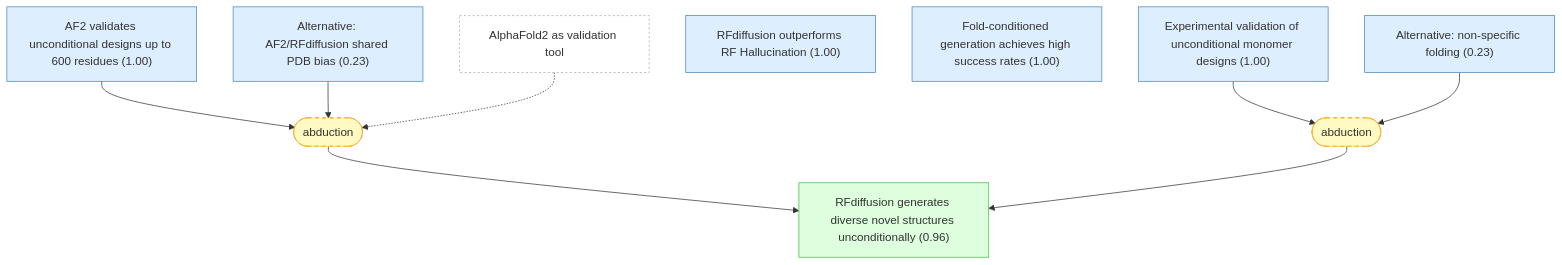
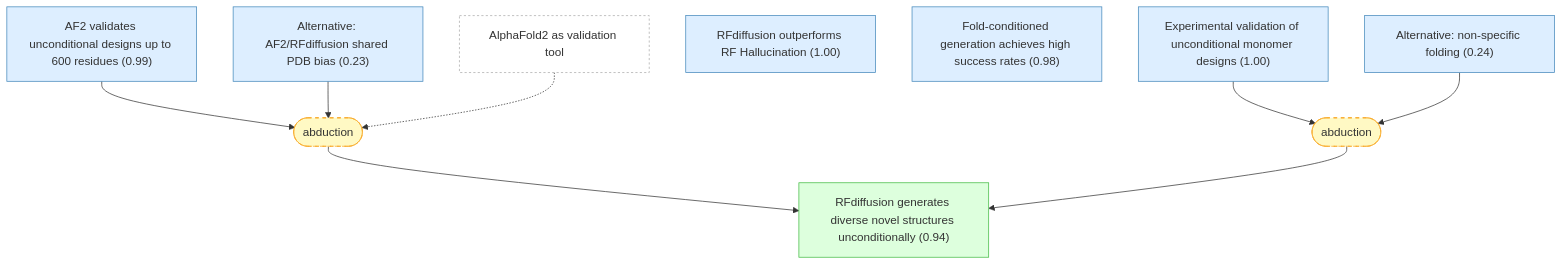
The third of 8 diagrams in docs/detailed-reasoning.md (kunyuan/watson-rfdiffusion-2023-gaia), drawn with Mermaid before and after one commit. The commit also changed other lines of this file and 16 other files, not shown here.

````diff
--- a/docs/detailed-reasoning.md
+++ b/docs/detailed-reasoning.md
@@ -331,30 +331,30 @@
 ```mermaid
 graph TD
     alphafold2_definition["AlphaFold2 as validation tool"]:::external
-    unconditional_generates_diverse_structures["RFdiffusion generates diverse novel structures unconditionally (0.96)"]:::derived
-    af2_validates_unconditional_designs["AF2 validates unconditional designs up to 600 residues (1.00)"]:::premise
+    unconditional_generates_diverse_structures["RFdiffusion generates diverse novel structures unconditionally (0.94)"]:::derived
+    af2_validates_unconditional_designs["AF2 validates unconditional designs up to 600 residues (0.99)"]:::premise
     experimental_validation_monomers["Experimental validation of unconditional monomer designs (1.00)"]:::premise
     outperforms_hallucination["RFdiffusion outperforms RF Hallucination (1.00)"]:::premise
-    fold_conditioned_generation["Fold-conditioned generation achieves high success rates (1.00)"]:::premise
+    fold_conditioned_generation["Fold-conditioned generation achieves high success rates (0.98)"]:::premise
     alt_af2_coincidence["Alternative: AF2/RFdiffusion shared PDB bias (0.23)"]:::premise
-    alt_nonspecific_folding["Alternative: non-specific folding (0.23)"]:::premise
+    alt_nonspecific_folding["Alternative: non-specific folding (0.24)"]:::premise
     strat_4(["abduction"]):::weak
     af2_validates_unconditional_designs --> strat_4
     alt_af2_coincidence --> strat_4
     alphafold2_definition -.-> strat_4
     strat_4 --> unconditional_generates_diverse_structures
     strat_5(["abduction"]):::weak
     experimental_validation_monomers --> strat_5
     alt_nonspecific_folding --> strat_5
     strat_5 --> unconditional_generates_diverse_structures
 
     classDef setting fill:#f0f0f0,stroke:#999,color:#333
     classDef premise fill:#ddeeff,stroke:#4488bb,color:#333
     classDef derived fill:#ddffdd,stroke:#44bb44,color:#333
     classDef question fill:#fff3dd,stroke:#cc9944,color:#333
     classDef background fill:#f5f5f5,stroke:#bbb,stroke-dasharray: 5 5,color:#333
     classDef orphan fill:#fff,stroke:#ccc,stroke-dasharray: 5 5,color:#333
     classDef external fill:#fff,stroke:#aaa,stroke-dasharray: 3 3,color:#333
     classDef weak fill:#fff9c4,stroke:#f9a825,stroke-dasharray: 5 5,color:#333
     classDef contra fill:#ffebee,stroke:#c62828,color:#333
 ```
````
